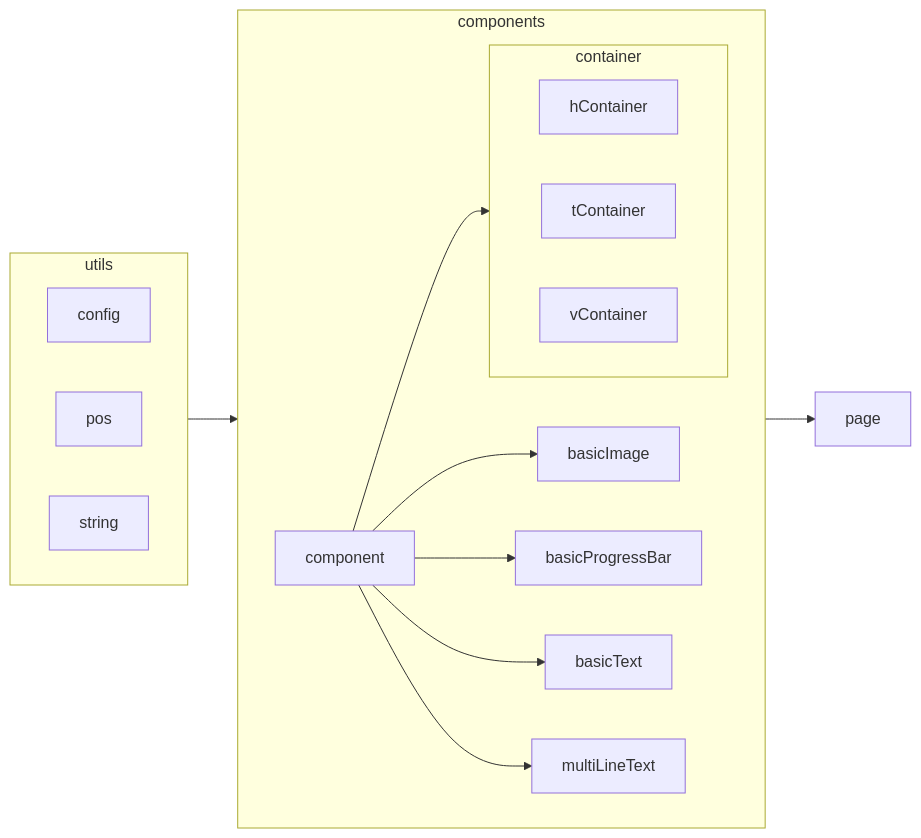
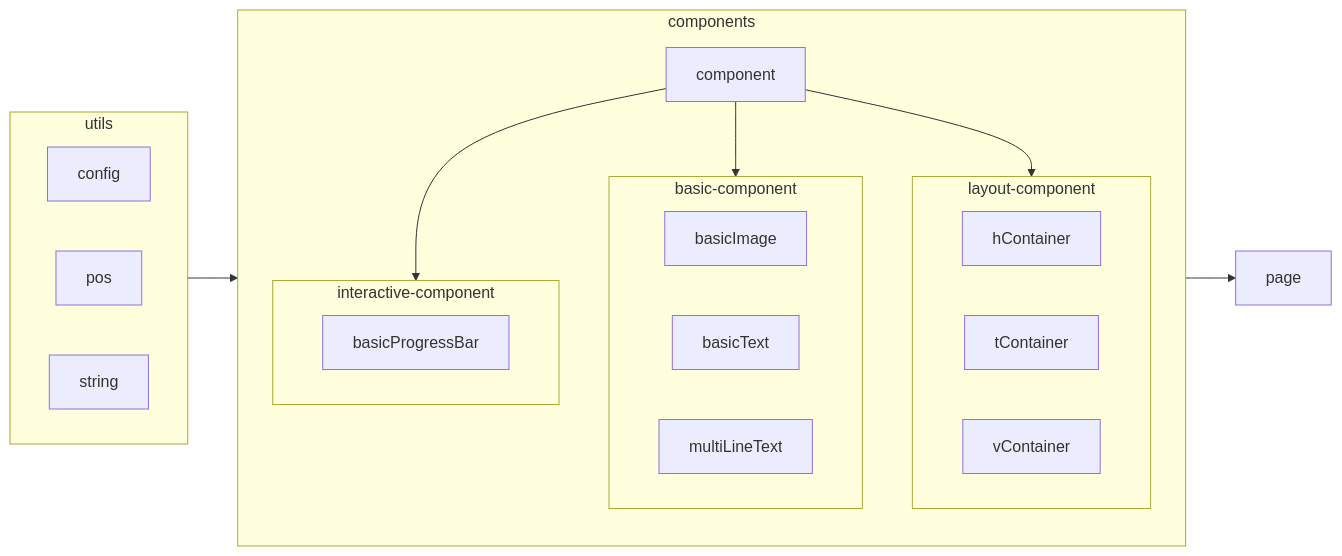
One commit to jimmy-sketch/chen_cppcguilib changed the diagram in README.md. Above: the diagram before and after it, drawn with Mermaid. The commit also changed other lines of this file and 1 other file, not shown here.

````diff
--- a/README.md
+++ b/README.md
@@ -25,28 +27,36 @@
 ```mermaid 
 graph LR
     subgraph utils
         direction LR
         config
         pos
         string
     end
     utils --> components
 
     subgraph components
-        direction LR
-        component --> basicImage
-        component --> basicProgressBar
-        component --> basicText
-        component --> multiLineText
-        component --> container
+        direction TB
+        component --> basic-component
+        component --> layout-component
+        component --> interactive-component
         
-        subgraph container
+        subgraph basic-component
+            direction LR
+            basicImage
+            basicText
+            multiLineText
+        end
+        subgraph layout-component
             direction LR
             hContainer
             tContainer
             vContainer
         end
+        subgraph interactive-component
+            direction LR
+            basicProgressBar
+        end
     end
 
     components --> page
 ```
````
